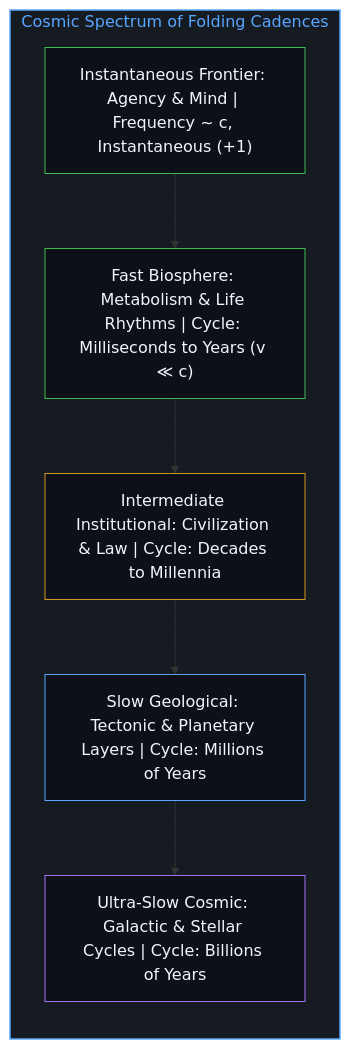
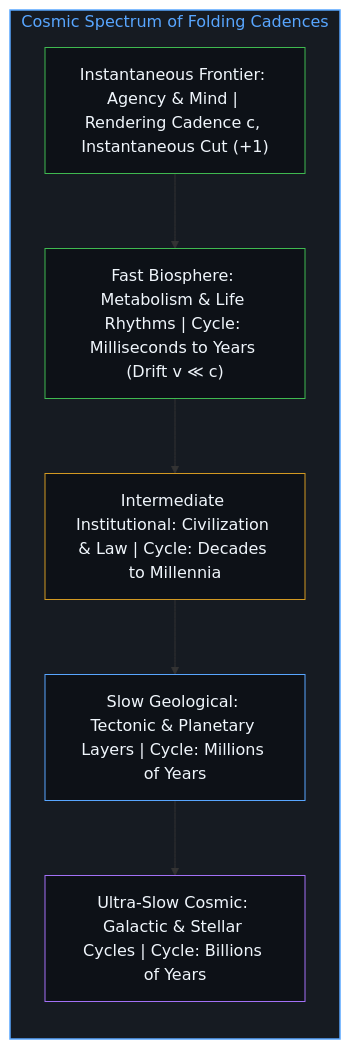
One commit to powerpig99/not-a-toe changed the tenth of 10 diagrams in content/posts/the-velocity-of-visibility.md. Above: the diagram before and after it, drawn with Mermaid. The commit also changed other lines of this file and 27 other files, not shown here.

````diff
--- a/content/posts/the-velocity-of-visibility.md
+++ b/content/posts/the-velocity-of-visibility.md
@@ -298,18 +298,18 @@
 ```mermaid
 flowchart TD
     subgraph S_Spectrum["Cosmic Spectrum of Folding Cadences"]
         direction TB
-        MindBand["Instantaneous Frontier: Agency & Mind | Frequency ~ c, Instantaneous (+1)"]
-        BioBand["Fast Biosphere: Metabolism & Life Rhythms | Cycle: Milliseconds to Years (v ≪ c)"]
+        MindBand["Instantaneous Frontier: Agency & Mind | Rendering Cadence c, Instantaneous Cut (+1)"]
+        BioBand["Fast Biosphere: Metabolism & Life Rhythms | Cycle: Milliseconds to Years (Drift v ≪ c)"]
         InstBand["Intermediate Institutional: Civilization & Law | Cycle: Decades to Millennia"]
         GeoBand["Slow Geological: Tectonic & Planetary Layers | Cycle: Millions of Years"]
         CosmicBand["Ultra-Slow Cosmic: Galactic & Stellar Cycles | Cycle: Billions of Years"]
         MindBand --> BioBand --> InstBand --> GeoBand --> CosmicBand
     end
     style S_Spectrum fill:#161b22,stroke:#58a6ff,stroke-width:1.5px,color:#58a6ff
     style MindBand fill:#0d1117,stroke:#3fb950,stroke-width:1px,color:#f0f6fc
     style BioBand fill:#0d1117,stroke:#3fb950,stroke-width:1px,color:#f0f6fc
     style InstBand fill:#0d1117,stroke:#d29922,stroke-width:1px,color:#f0f6fc
     style GeoBand fill:#0d1117,stroke:#58a6ff,stroke-width:1px,color:#f0f6fc
     style CosmicBand fill:#0d1117,stroke:#a371f7,stroke-width:1px,color:#f0f6fc
 ```
````
